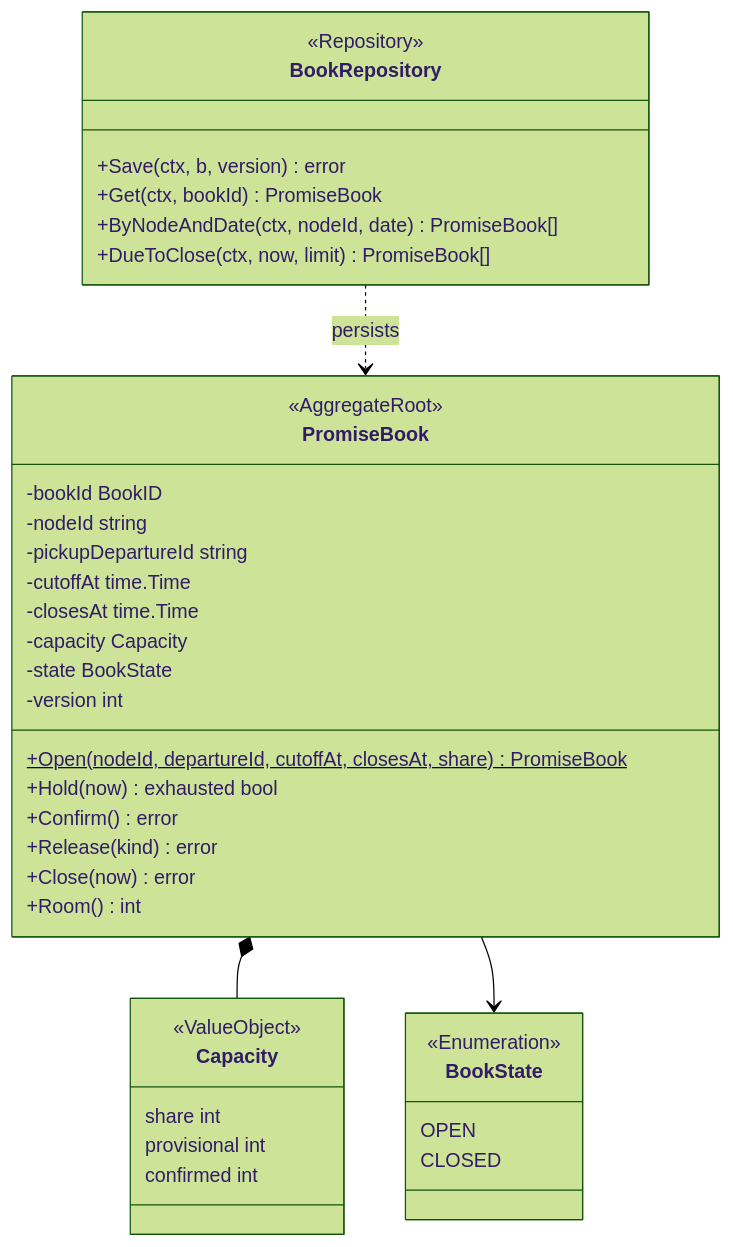
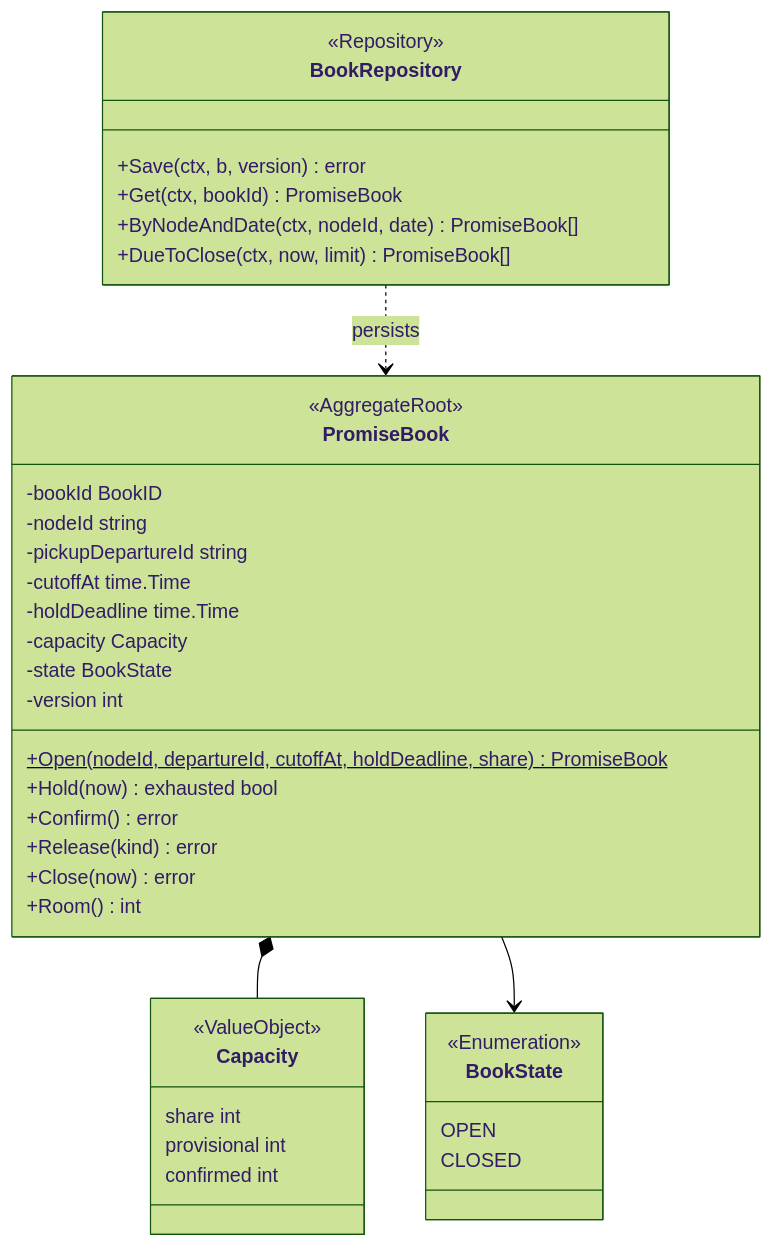
One commit to IQVO/warehouse-docs changed the fifth of 9 diagrams in network/docs/contexts/delivery-promise/class-diagram.md. Above: the diagram before and after it, drawn with Mermaid (forest theme). The commit also changed other lines of this file and 125 other files, not shown here.

````diff
--- a/network/docs/contexts/delivery-promise/class-diagram.md
+++ b/network/docs/contexts/delivery-promise/class-diagram.md
@@ -218,42 +218,42 @@
 ```mermaid
 classDiagram
     direction TB
     class PromiseBook {
         <<AggregateRoot>>
         -bookId BookID
         -nodeId string
         -pickupDepartureId string
         -cutoffAt time.Time
-        -closesAt time.Time
+        -holdDeadline time.Time
         -capacity Capacity
         -state BookState
         -version int
-        +Open(nodeId, departureId, cutoffAt, closesAt, share)$ PromiseBook
+        +Open(nodeId, departureId, cutoffAt, holdDeadline, share)$ PromiseBook
         +Hold(now) exhausted bool
         +Confirm() error
         +Release(kind) error
         +Close(now) error
         +Room() int
     }
     class Capacity {
         <<ValueObject>>
         share int
         provisional int
         confirmed int
     }
     class BookState {
         <<Enumeration>>
         OPEN
         CLOSED
     }
     class BookRepository {
         <<Repository>>
         +Save(ctx, b, version) error
         +Get(ctx, bookId) PromiseBook
         +ByNodeAndDate(ctx, nodeId, date) PromiseBook[]
         +DueToClose(ctx, now, limit) PromiseBook[]
     }
     PromiseBook *-- Capacity
     PromiseBook --> BookState
     BookRepository ..> PromiseBook : persists
 ```
````
